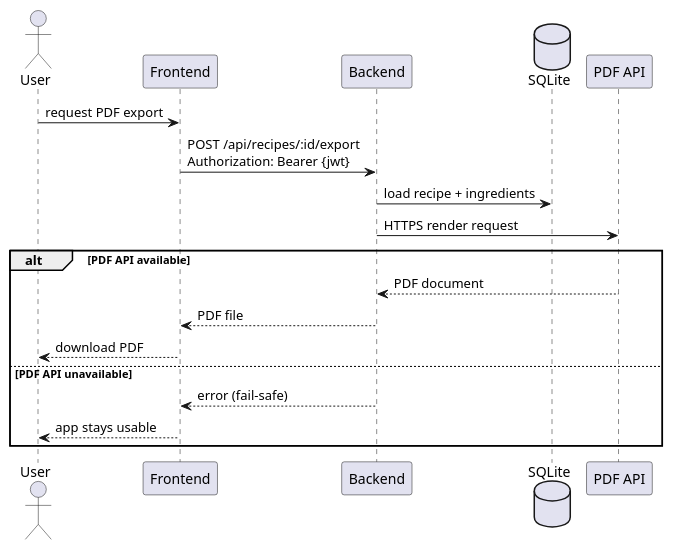
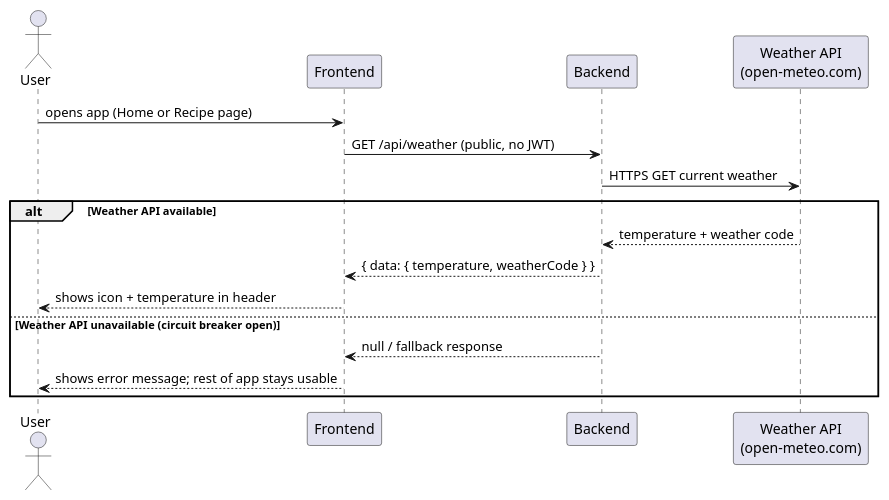
Before and after one commit to thomasprade/thro-sqs-2026: the fourth of 4 diagrams in docs/arc42/06_runtime_view.md, drawn with PlantUML. The commit also changed other lines of this file and 7 other files, not shown here.

````diff
--- a/docs/arc42/06_runtime_view.md
+++ b/docs/arc42/06_runtime_view.md
@@ -90,22 +87,20 @@
 ```puml
 @startuml
 actor User
 participant "Frontend" as FE
 participant "Backend" as BE
-database "SQLite" as DB
-participant "PDF API" as PDF
+participant "Weather API\n(open-meteo.com)" as WA
 
-User -> FE : request PDF export
-FE -> BE : POST /api/recipes/:id/export\nAuthorization: Bearer {jwt}
-BE -> DB : load recipe + ingredients
-BE -> PDF : HTTPS render request
-alt PDF API available
-  PDF --> BE : PDF document
-  BE --> FE : PDF file
-  FE --> User : download PDF
-else PDF API unavailable
-  BE --> FE : error (fail-safe)
-  FE --> User : app stays usable
+User -> FE : opens app (Home or Recipe page)
+FE -> BE : GET /api/weather (public, no JWT)
+BE -> WA : HTTPS GET current weather
+alt Weather API available
+  WA --> BE : temperature + weather code
+  BE --> FE : { data: { temperature, weatherCode } }
+  FE --> User : shows icon + temperature in header
+else Weather API unavailable (circuit breaker open)
+  BE --> FE : null / fallback response
+  FE --> User : shows error message; rest of app stays usable
 end
 @enduml
 ```
````
